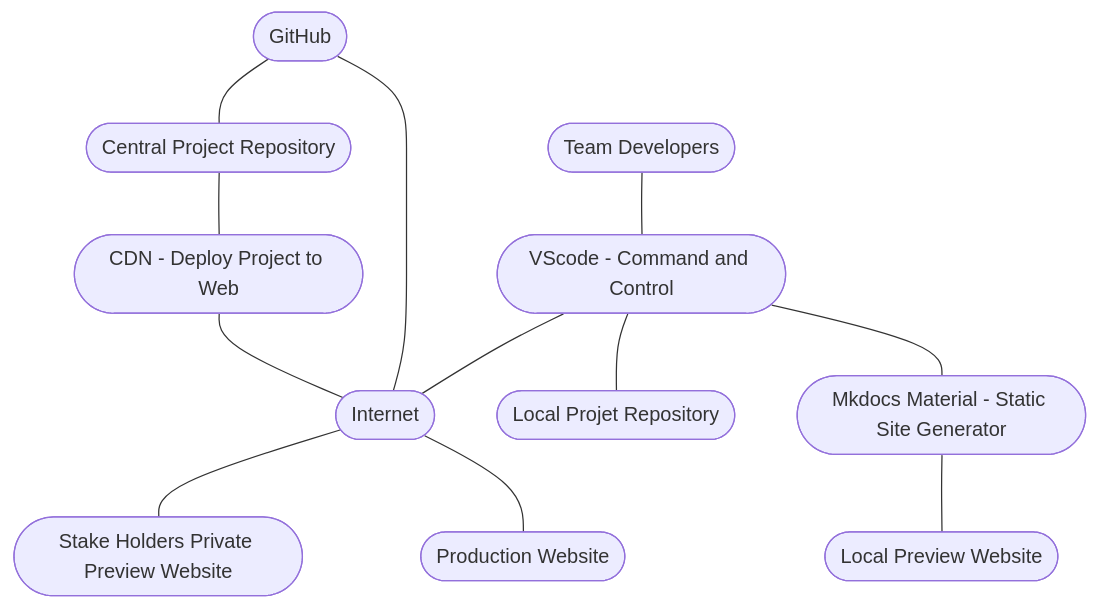
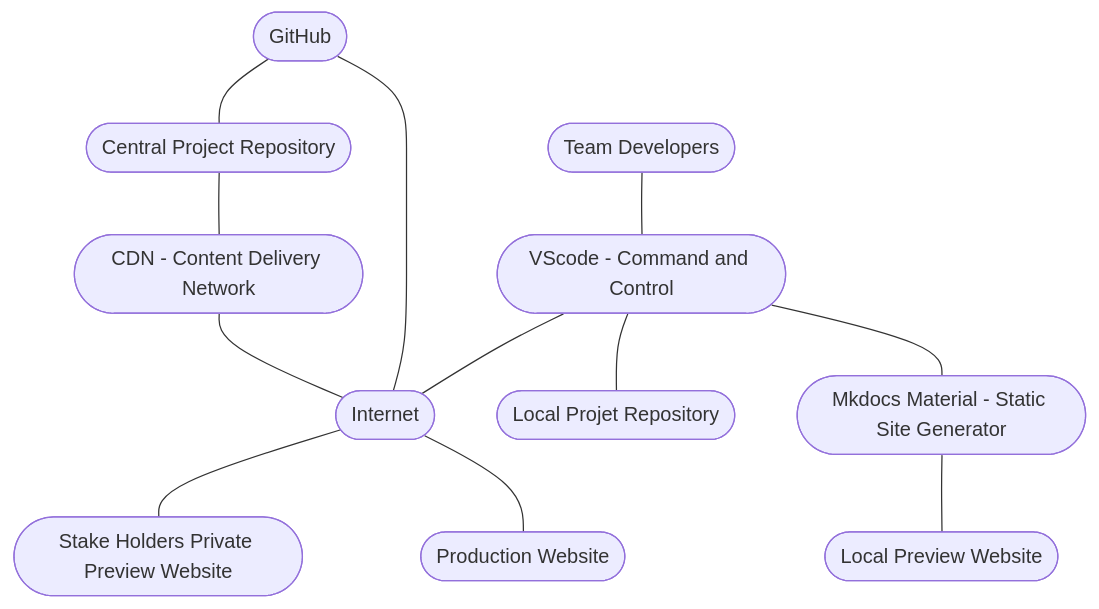
One commit to JohnTelford/mkdocs changed the diagram in docs/dev_stack.md. Above: the diagram before and after it, drawn with Mermaid. The commit also changed other lines of this file and 39 other files, not shown here.

````diff
--- a/docs/dev_stack.md
+++ b/docs/dev_stack.md
@@ -13,48 +13,48 @@
 ``` mermaid
 flowchart TB
 	
 	crepo --- cdn
 
 	cdn --- net
 
 	dev --- vsc 
 
 	github --- crepo
 
 	github --- net
 	
 	vsc --- lrepo
 	
 	net --- prevweb
 
 	net --- proweb
 
 	vsc --- net
 
 	vsc --- mkd
 
 	mkd --- lpreweb
 
 	dev([Team Developers])
 
-	cdn([CDN - Deploy Project to Web])
+	cdn([CDN - Content Delivery Network])
 
 	crepo([Central Project Repository])
 
 	github([GitHub]) 
 
 	lrepo([Local Projet Repository])
 
 	lpreweb([Local Preview Website])
 
 	mkd([Mkdocs Material - Static Site Generator])
 
 	net([Internet]) 
 	
 	prevweb([Stake Holders Private Preview Website])
 
 	proweb([Production Website])
 
 	vsc([VScode - Command and Control]) 
 
 ```
````
